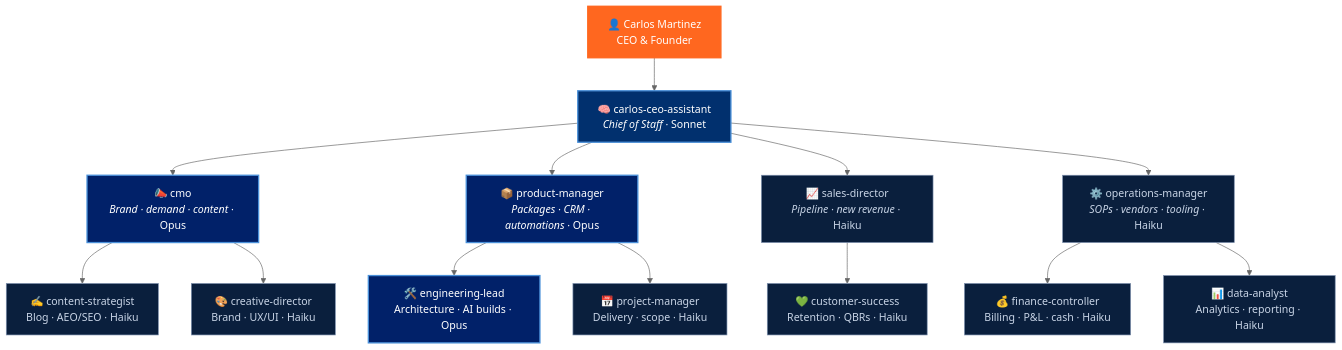
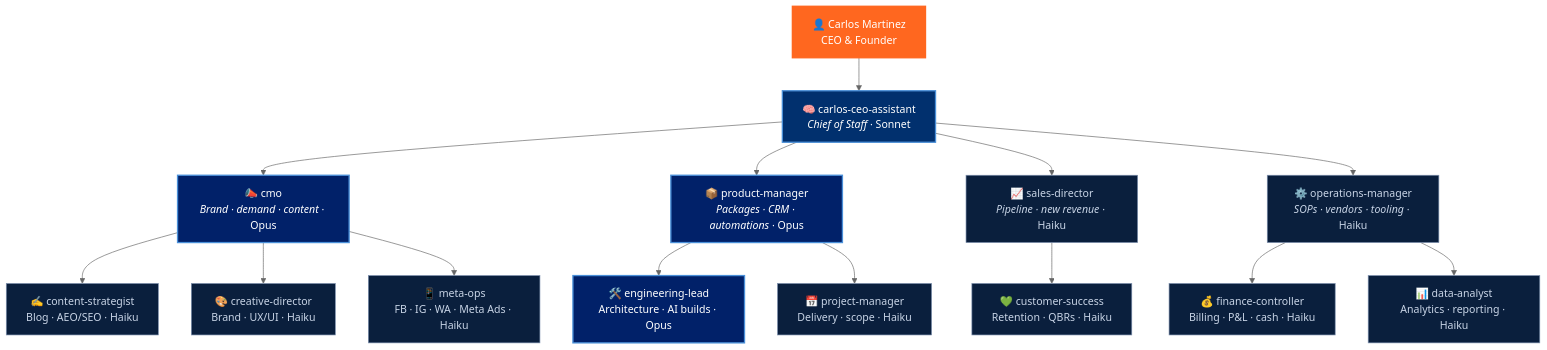
One commit to realtape/netwebmedia changed the diagram in CLAUDE.md. Above: the diagram before and after it, drawn with Mermaid (neutral theme). The commit also changed other lines of this file and 3 other files, not shown here.

````diff
--- a/CLAUDE.md
+++ b/CLAUDE.md
@@ -682,37 +682,39 @@
 ```mermaid
 graph TD
   CEO["👤 Carlos Martinez<br/>CEO & Founder"]:::ceo
   COS["🧠 carlos-ceo-assistant<br/><i>Chief of Staff</i> · Sonnet"]:::sonnet
 
   CMO["📣 cmo<br/><i>Brand · demand · content</i> · Opus"]:::opus
   PROD["📦 product-manager<br/><i>Packages · CRM · automations</i> · Opus"]:::opus
   SALES["📈 sales-director<br/><i>Pipeline · new revenue</i> · Haiku"]:::haiku
   OPS["⚙️ operations-manager<br/><i>SOPs · vendors · tooling</i> · Haiku"]:::haiku
 
   CONT["✍️ content-strategist<br/>Blog · AEO/SEO · Haiku"]:::haiku
   CREA["🎨 creative-director<br/>Brand · UX/UI · Haiku"]:::haiku
   ENG["🛠️ engineering-lead<br/>Architecture · AI builds · Opus"]:::opus
   PM["📅 project-manager<br/>Delivery · scope · Haiku"]:::haiku
   CS["💚 customer-success<br/>Retention · QBRs · Haiku"]:::haiku
   FIN["💰 finance-controller<br/>Billing · P&L · cash · Haiku"]:::haiku
   DATA["📊 data-analyst<br/>Analytics · reporting · Haiku"]:::haiku
+  META["📱 meta-ops<br/>FB · IG · WA · Meta Ads · Haiku"]:::haiku
 
   CEO --> COS
   COS --> CMO
   COS --> PROD
   COS --> SALES
   COS --> OPS
 
   CMO --> CONT
   CMO --> CREA
+  CMO --> META
   PROD --> ENG
   PROD --> PM
   SALES --> CS
   OPS --> FIN
   OPS --> DATA
 
   classDef ceo fill:#FF671F,stroke:#FF671F,color:#fff,stroke-width:2px
   classDef opus fill:#012169,stroke:#4A90D9,color:#fff,stroke-width:2px
   classDef sonnet fill:#01306E,stroke:#4A90D9,color:#fff,stroke-width:2px
   classDef haiku fill:#0a1f3d,stroke:#7B8FAD,color:#C8D4E6,stroke-width:1px
 ```
````
